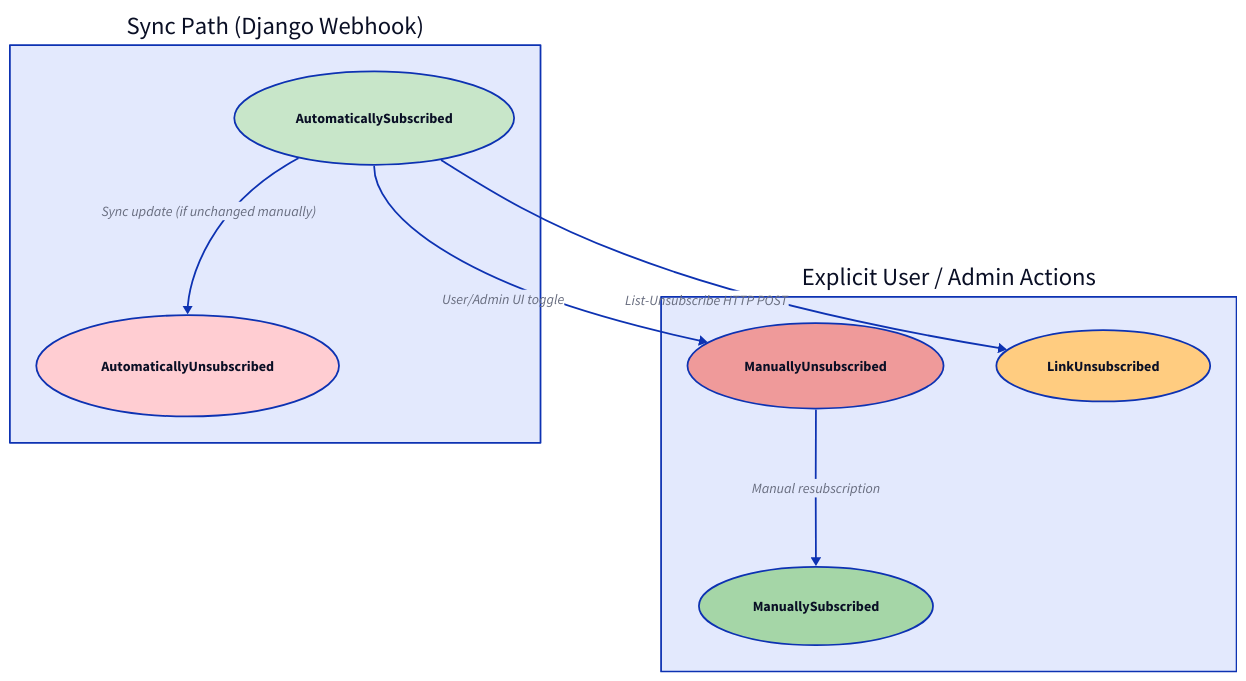
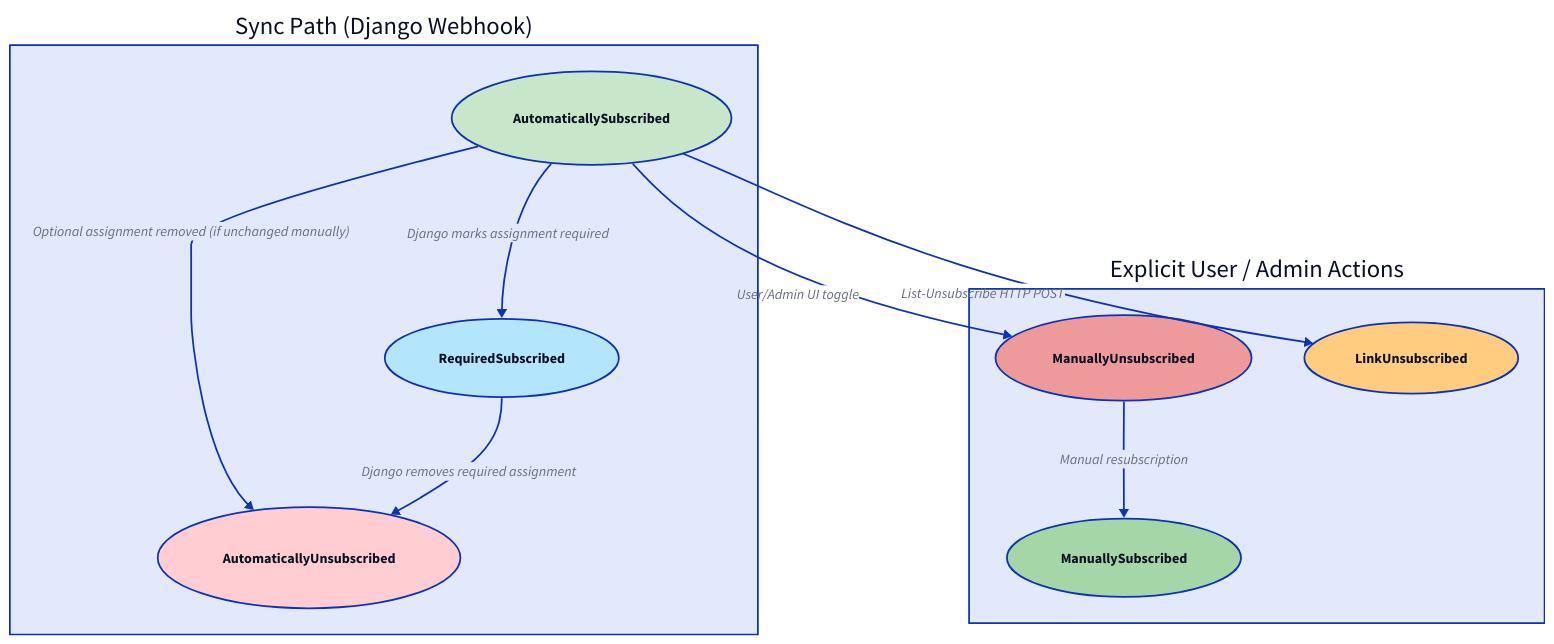
One commit to enaut/kommunikationszentrum changed the third of 4 diagrams in docs/src/core/spacetimedb/database-schema.md. Above: the diagram before and after it, drawn with D2. The commit also changed other lines of this file and 61 other files, not shown here.

````diff
--- a/docs/src/core/spacetimedb/database-schema.md
+++ b/docs/src/core/spacetimedb/database-schema.md
@@ -256,37 +286,44 @@
 ```d2
 direction: down
 
 "Sync Path (Django Webhook)": {
   AutomaticallySubscribed: {
     shape: oval
     style.fill: "#c8e6c9"
   }
 
   AutomaticallyUnsubscribed: {
     shape: oval
     style.fill: "#ffcdd2"
+  }
+
+  RequiredSubscribed: {
+    shape: oval
+    style.fill: "#b3e5fc"
   }
 }
 
 "Explicit User / Admin Actions": {
   ManuallySubscribed: {
     shape: oval
     style.fill: "#a5d6a7"
   }
 
   ManuallyUnsubscribed: {
     shape: oval
     style.fill: "#ef9a9a"
   }
 
   LinkUnsubscribed: {
     shape: oval
     style.fill: "#ffcc80"
   }
 }
 
-"Sync Path (Django Webhook)".AutomaticallySubscribed -> "Sync Path (Django Webhook)".AutomaticallyUnsubscribed: "Sync update (if unchanged manually)"
+"Sync Path (Django Webhook)".AutomaticallySubscribed -> "Sync Path (Django Webhook)".AutomaticallyUnsubscribed: "Optional assignment removed (if unchanged manually)"
+"Sync Path (Django Webhook)".AutomaticallySubscribed -> "Sync Path (Django Webhook)".RequiredSubscribed: "Django marks assignment required"
+"Sync Path (Django Webhook)".RequiredSubscribed -> "Sync Path (Django Webhook)".AutomaticallyUnsubscribed: "Django removes required assignment"
 "Sync Path (Django Webhook)".AutomaticallySubscribed -> "Explicit User / Admin Actions".LinkUnsubscribed: "List-Unsubscribe HTTP POST"
 "Sync Path (Django Webhook)".AutomaticallySubscribed -> "Explicit User / Admin Actions".ManuallyUnsubscribed: "User/Admin UI toggle"
 "Explicit User / Admin Actions".ManuallyUnsubscribed -> "Explicit User / Admin Actions".ManuallySubscribed: "Manual resubscription"
 ```
````
